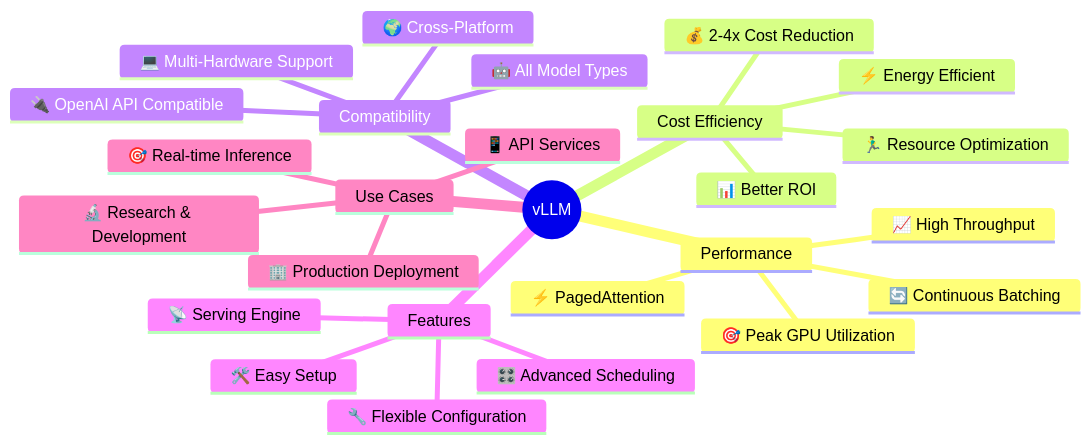
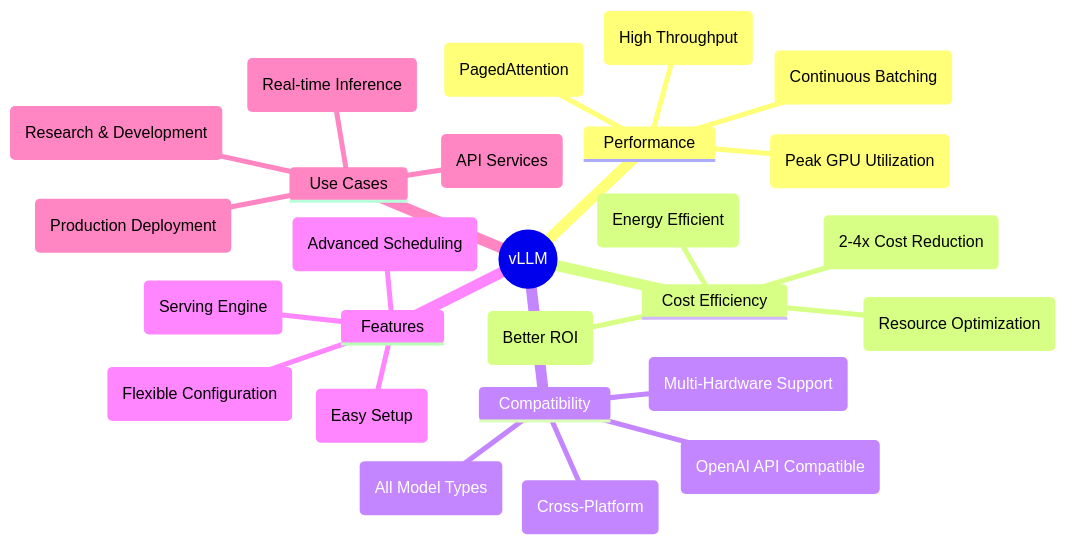
One commit to dongrelaxman/vLLM changed the diagram in README.md. Above: the diagram before and after it, drawn with Mermaid.

Commit message:
updated mermaid

````diff
--- a/README.md
+++ b/README.md
@@ -20,48 +20,52 @@
 ```mermaid
 mindmap
   root((vLLM))
     Performance
-      ⚡ PagedAttention
+    
+      (PagedAttention)
 
-      📈 High Throughput
+      (High Throughput)
 
-      🎯 Peak GPU Utilization
+      (Peak GPU Utilization)
 
-      🔄 Continuous Batching
+      (Continuous Batching)
+      
+    Cost Efficiency
 
-    Cost Efficiency
-      💰 2-4x Cost Reduction
+      (2-4x Cost Reduction)
 
-      🏃‍♂️ Resource Optimization
+      (Resource Optimization)
 
-      ⚡ Energy Efficient
+      (Energy Efficient)
 
-      📊 Better ROI
+      (Better ROI)
 
     Compatibility
-      🔌 OpenAI API Compatible
 
-      🤖 All Model Types
+      (OpenAI API Compatible)
 
-      💻 Multi-Hardware Support
+      (All Model Types)
 
-      🌍 Cross-Platform
+      (Multi-Hardware Support)
+
+      (Cross-Platform)
 
     Features
-      🛠️ Easy Setup
 
-      📡 Serving Engine
+      (Easy Setup)
 
-      🎛️ Advanced Scheduling
+      (Serving Engine)
 
-      🔧 Flexible Configuration
+      (Advanced Scheduling)
 
+      (Flexible Configuration)
+      
     Use Cases
-      🏢 Production Deployment
-
-      🔬 Research & Development
-
-      📱 API Services
+      (Production Deployment)
       
-      🎯 Real-time Inference
+      (Research & Development)
+      
+      (API Services)
+      
+      (Real-time Inference)
 ```
````
